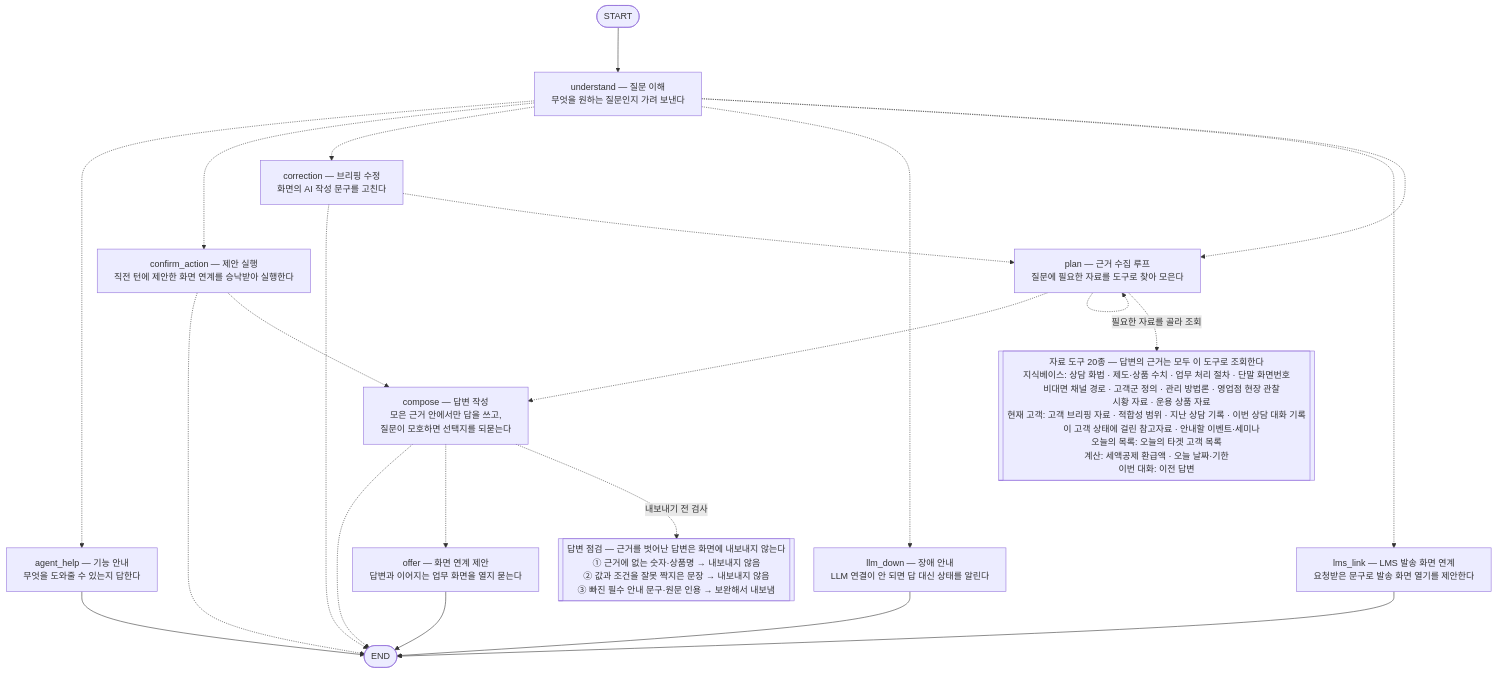
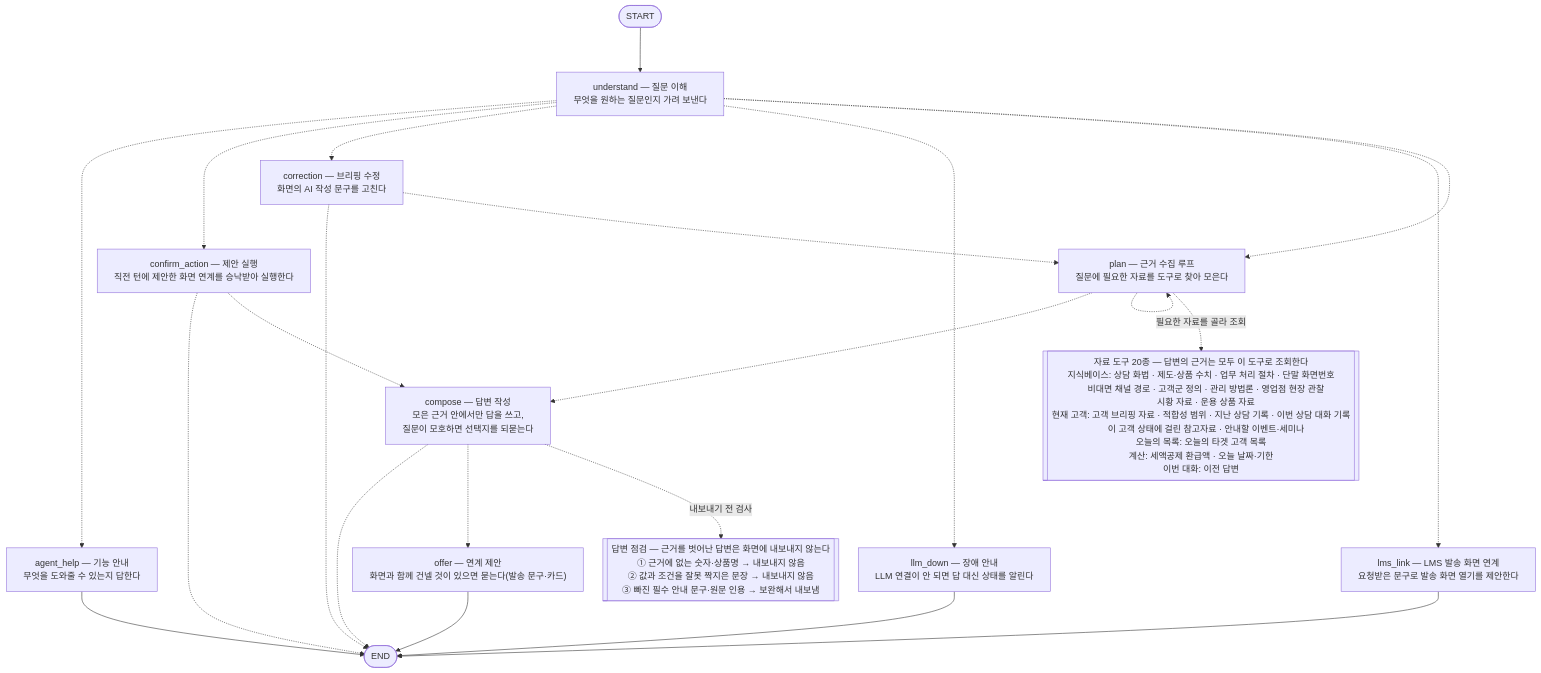
The diagram in src/pension_agent/consult_agent/README.md (09sunwoo-a/Pension_agent), drawn with Mermaid before and after one commit. The commit also changed 16 other files, not shown here.

````diff
--- a/src/pension_agent/consult_agent/README.md
+++ b/src/pension_agent/consult_agent/README.md
@@ -60,38 +60,38 @@
 ```mermaid
 %%{init: {"flowchart": {"wrappingWidth": 800, "nodeSpacing": 35, "rankSpacing": 80}}}%%
 flowchart TD
     __start__([START])
     understand["understand — 질문 이해<br/>무엇을 원하는 질문인지 가려 보낸다"]
     agent_help["agent_help — 기능 안내<br/>무엇을 도와줄 수 있는지 답한다"]
     plan["plan — 근거 수집 루프<br/>질문에 필요한 자료를 도구로 찾아 모은다"]
     compose["compose — 답변 작성<br/>모은 근거 안에서만 답을 쓰고,<br/>질문이 모호하면 선택지를 되묻는다"]
     lms_link["lms_link — LMS 발송 화면 연계<br/>요청받은 문구로 발송 화면 열기를 제안한다"]
     correction["correction — 브리핑 수정<br/>화면의 AI 작성 문구를 고친다"]
     llm_down["llm_down — 장애 안내<br/>LLM 연결이 안 되면 답 대신 상태를 알린다"]
     confirm_action["confirm_action — 제안 실행<br/>직전 턴에 제안한 화면 연계를 승낙받아 실행한다"]
-    offer["offer — 화면 연계 제안<br/>답변과 이어지는 업무 화면을 열지 묻는다"]
+    offer["offer — 연계 제안<br/>화면과 함께 건넬 것이 있으면 묻는다(발송 문구·카드)"]
     __end__([END])
     __start__ --> understand
     compose -.-> __end__
     compose -.-> offer
     confirm_action -.-> __end__
     confirm_action -.-> compose
     correction -.-> __end__
     correction -.-> plan
     plan -.-> compose
     plan -.-> plan
     understand -.-> agent_help
     understand -.-> confirm_action
     understand -.-> correction
     understand -.-> llm_down
     understand -.-> lms_link
     understand -.-> plan
     agent_help --> __end__
     llm_down --> __end__
     lms_link --> __end__
     offer --> __end__
     tools[["자료 도구 20종 — 답변의 근거는 모두 이 도구로 조회한다<br/>지식베이스: 상담 화법 · 제도·상품 수치 · 업무 처리 절차 · 단말 화면번호<br/>&nbsp;&nbsp;&nbsp;&nbsp;비대면 채널 경로 · 고객군 정의 · 관리 방법론 · 영업점 현장 관찰<br/>&nbsp;&nbsp;&nbsp;&nbsp;시황 자료 · 운용 상품 자료<br/>현재 고객: 고객 브리핑 자료 · 적합성 범위 · 지난 상담 기록 · 이번 상담 대화 기록<br/>&nbsp;&nbsp;&nbsp;&nbsp;이 고객 상태에 걸린 참고자료 · 안내할 이벤트·세미나<br/>오늘의 목록: 오늘의 타겟 고객 목록<br/>계산: 세액공제 환급액 · 오늘 날짜·기한<br/>이번 대화: 이전 답변"]]
     plan -. "필요한 자료를 골라 조회" .-> tools
     gates[["답변 점검 — 근거를 벗어난 답변은 화면에 내보내지 않는다<br/>① 근거에 없는 숫자·상품명 → 내보내지 않음<br/>② 값과 조건을 잘못 짝지은 문장 → 내보내지 않음<br/>③ 빠진 필수 안내 문구·원문 인용 → 보완해서 내보냄"]]
     compose -. "내보내기 전 검사" .-> gates
 ```
````
